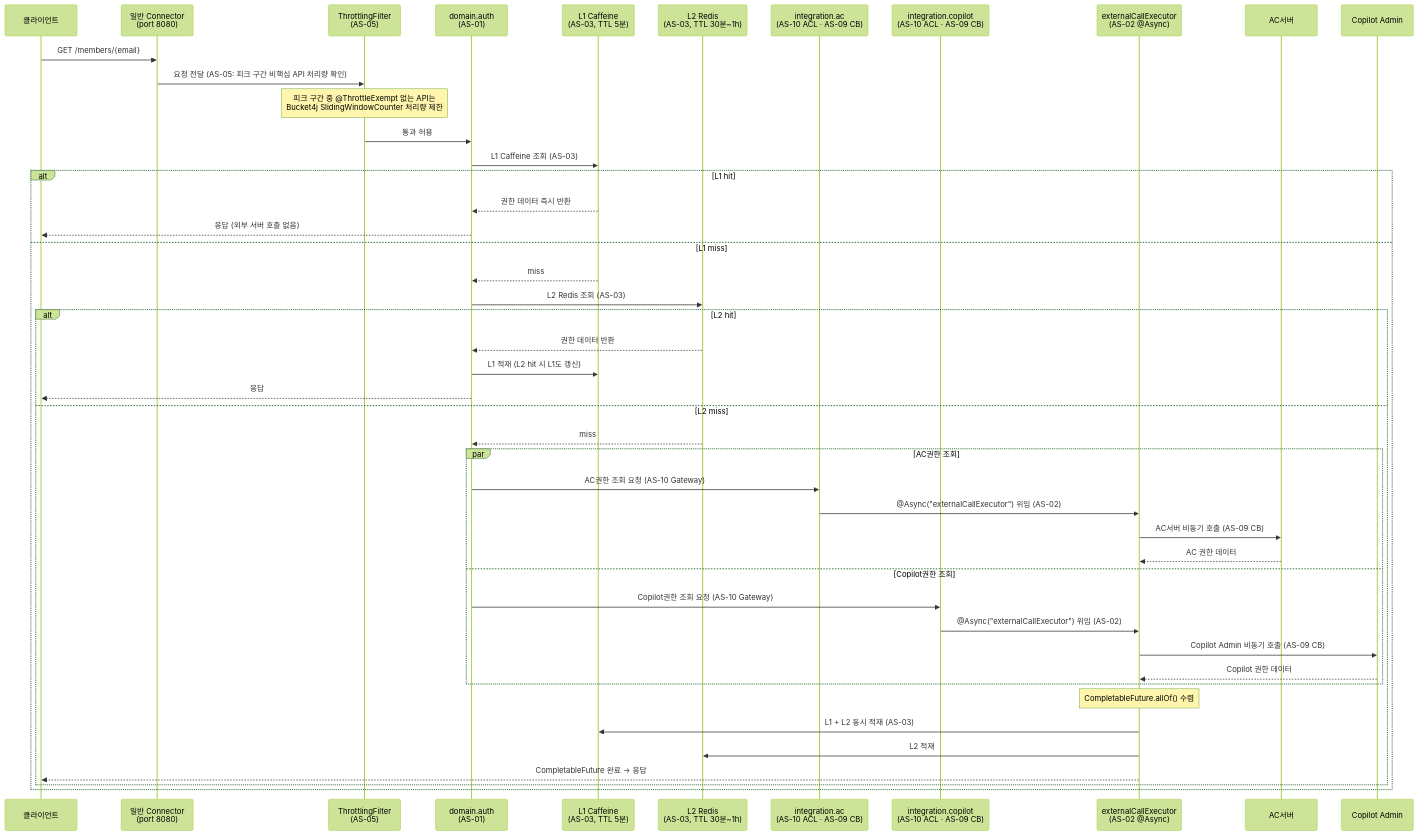
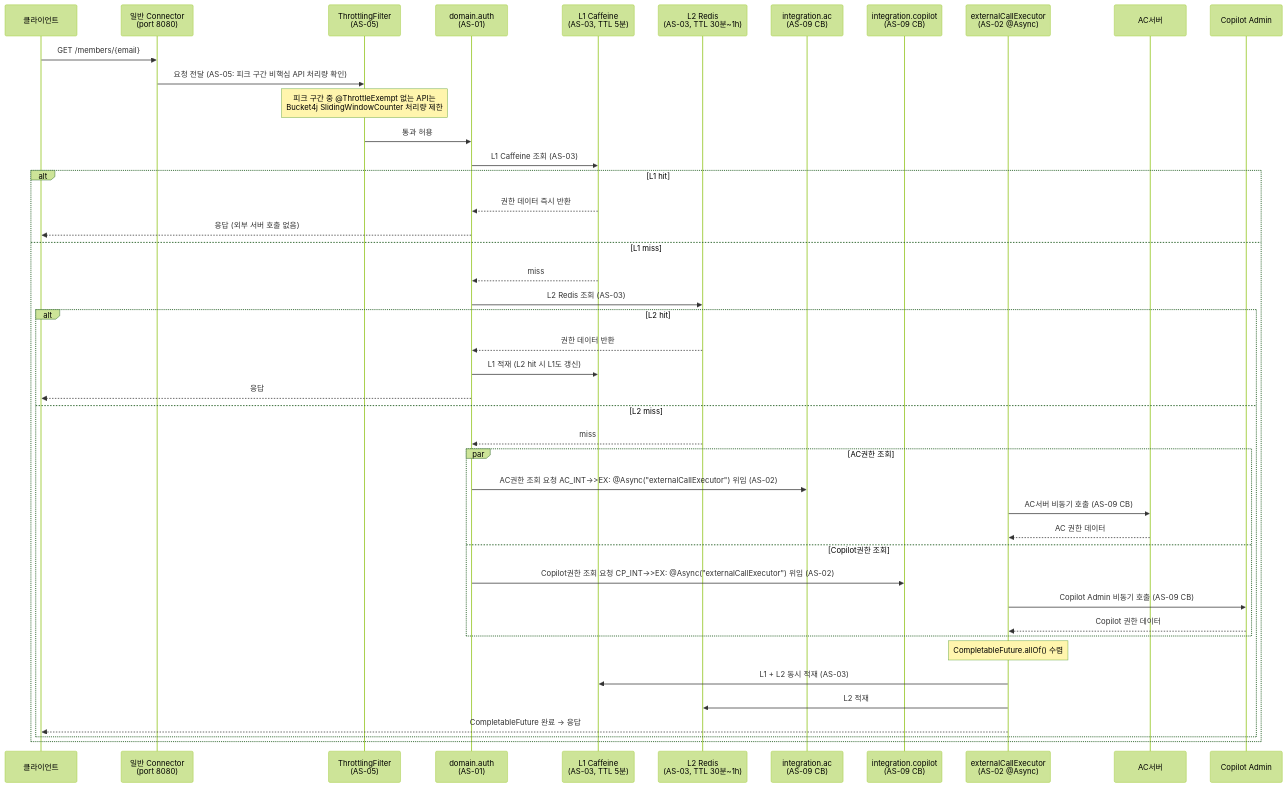
Before and after one commit to sujinnkim/A_Personal: the second of 5 diagrams in docs/05-architecture-design/4.2-execution/4.2.1-runtime-view/overview.md, drawn with Mermaid (forest theme). The commit also changed other lines of this file and 24 other files, not shown here.

````diff
--- a/docs/05-architecture-design/4.2-execution/4.2.1-runtime-view/overview.md
+++ b/docs/05-architecture-design/4.2-execution/4.2.1-runtime-view/overview.md
@@ -57,51 +57,49 @@
 ```mermaid
 sequenceDiagram
     participant C as 클라이언트
     participant CON as 일반 Connector<br/>(port 8080)
     participant TF as ThrottlingFilter<br/>(AS-05)
     participant DA as domain.auth<br/>(AS-01)
     participant L1 as L1 Caffeine<br/>(AS-03, TTL 5분)
     participant L2 as L2 Redis<br/>(AS-03, TTL 30분~1h)
-    participant AC_INT as integration.ac<br/>(AS-10 ACL · AS-09 CB)
-    participant CP_INT as integration.copilot<br/>(AS-10 ACL · AS-09 CB)
+    participant AC_INT as integration.ac<br/>(AS-09 CB)
+    participant CP_INT as integration.copilot<br/>(AS-09 CB)
     participant EX as externalCallExecutor<br/>(AS-02 @Async)
     participant ACS as AC서버
     participant CPS as Copilot Admin
 
     C->>CON: GET /members/{email}
     CON->>TF: 요청 전달 (AS-05: 피크 구간 비핵심 API 처리량 확인)
     Note over TF: 피크 구간 중 @ThrottleExempt 없는 API는<br/>Bucket4j SlidingWindowCounter 처리량 제한
 
     TF->>DA: 통과 허용
 
     DA->>L1: L1 Caffeine 조회 (AS-03)
     alt L1 hit
         L1-->>DA: 권한 데이터 즉시 반환
         DA-->>C: 응답 (외부 서버 호출 없음)
     else L1 miss
         L1-->>DA: miss
         DA->>L2: L2 Redis 조회 (AS-03)
         alt L2 hit
             L2-->>DA: 권한 데이터 반환
             DA->>L1: L1 적재 (L2 hit 시 L1도 갱신)
             DA-->>C: 응답
         else L2 miss
             L2-->>DA: miss
             par AC권한 조회
-                DA->>AC_INT: AC권한 조회 요청 (AS-10 Gateway)
-                AC_INT->>EX: @Async("externalCallExecutor") 위임 (AS-02)
+                DA->>AC_INT: AC권한 조회 요청                AC_INT->>EX: @Async("externalCallExecutor") 위임 (AS-02)
                 EX->>ACS: AC서버 비동기 호출 (AS-09 CB)
                 ACS-->>EX: AC 권한 데이터
             and Copilot권한 조회
-                DA->>CP_INT: Copilot권한 조회 요청 (AS-10 Gateway)
-                CP_INT->>EX: @Async("externalCallExecutor") 위임 (AS-02)
+                DA->>CP_INT: Copilot권한 조회 요청                CP_INT->>EX: @Async("externalCallExecutor") 위임 (AS-02)
                 EX->>CPS: Copilot Admin 비동기 호출 (AS-09 CB)
                 CPS-->>EX: Copilot 권한 데이터
             end
             Note over EX: CompletableFuture.allOf() 수렴
             EX->>L1: L1 + L2 동시 적재 (AS-03)
             EX->>L2: L2 적재
             EX-->>C: CompletableFuture 완료 → 응답
         end
     end
 ```
````
